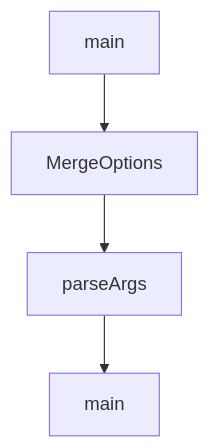
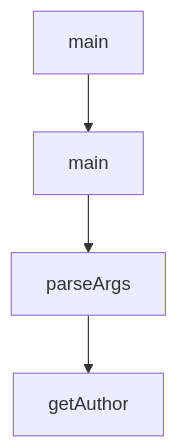
Before and after one commit to johnxie/awesome-code-docs: the diagram in tutorials/kilocode-tutorial/08-production-operations-and-governance.md, drawn with Mermaid. The commit also changed other lines of this file and 1232 other files, not shown here.

````diff
--- a/tutorials/kilocode-tutorial/08-production-operations-and-governance.md
+++ b/tutorials/kilocode-tutorial/08-production-operations-and-governance.md
@@ -204,10 +202,10 @@
 ```mermaid
 flowchart TD
     A[main]
-    B[MergeOptions]
+    B[main]
     C[parseArgs]
-    D[main]
+    D[getAuthor]
     A --> B
     B --> C
     C --> D
 ```
````
